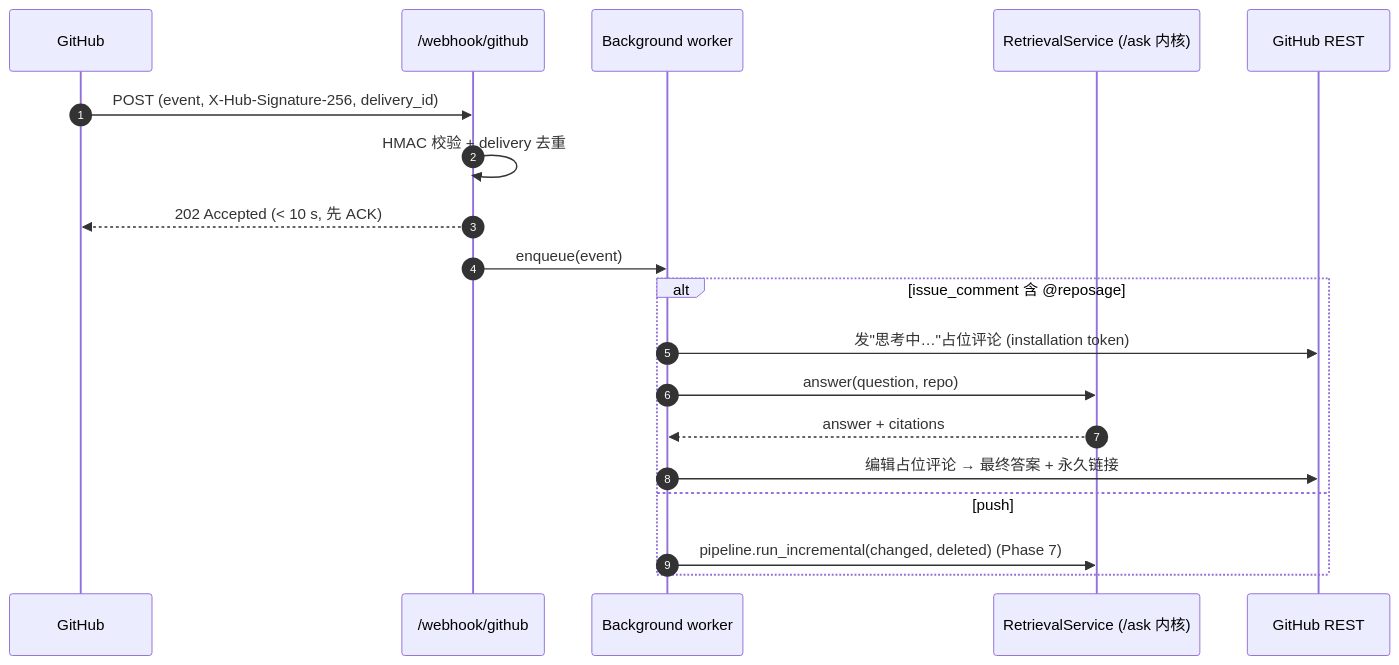
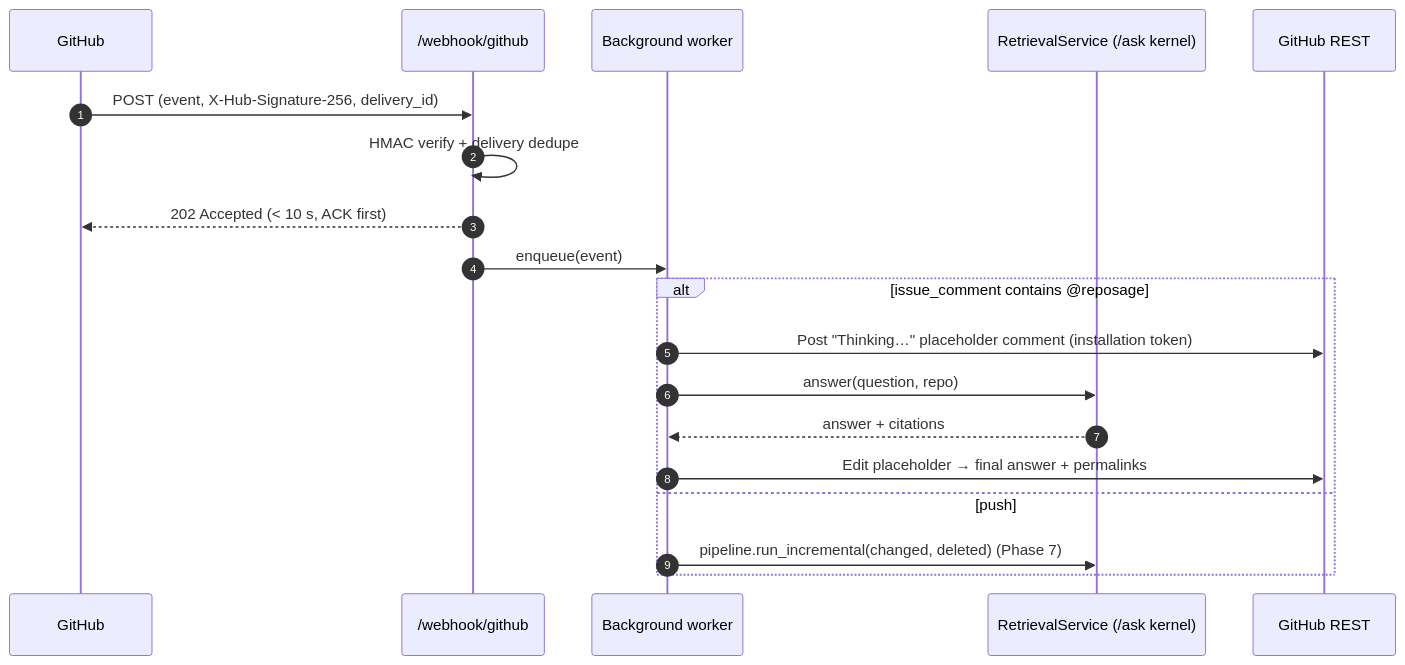
Before and after one commit to AndyUneducated/repo-sage: the first of 3 diagrams in docs/plans/phase-10-github-app.md, drawn with Mermaid. The commit also changed other lines of this file and 14 other files, not shown here.

````diff
--- a/docs/plans/phase-10-github-app.md
+++ b/docs/plans/phase-10-github-app.md
@@ -72,22 +72,22 @@
 ```mermaid
 sequenceDiagram
   autonumber
   participant GH as GitHub
   participant WH as /webhook/github
   participant BG as Background worker
-  participant KN as RetrievalService (/ask 内核)
+  participant KN as RetrievalService (/ask kernel)
   participant API as GitHub REST
 
   GH->>WH: POST (event, X-Hub-Signature-256, delivery_id)
-  WH->>WH: HMAC 校验 + delivery 去重
-  WH-->>GH: 202 Accepted (< 10 s, 先 ACK)
+  WH->>WH: HMAC verify + delivery dedupe
+  WH-->>GH: 202 Accepted (< 10 s, ACK first)
   WH->>BG: enqueue(event)
-  alt issue_comment 含 @reposage
-    BG->>API: 发"思考中…"占位评论 (installation token)
+  alt issue_comment contains @reposage
+    BG->>API: Post "Thinking…" placeholder comment (installation token)
     BG->>KN: answer(question, repo)
     KN-->>BG: answer + citations
-    BG->>API: 编辑占位评论 → 最终答案 + 永久链接
+    BG->>API: Edit placeholder → final answer + permalinks
   else push
     BG->>KN: pipeline.run_incremental(changed, deleted)  (Phase 7)
   end
 ```
````
